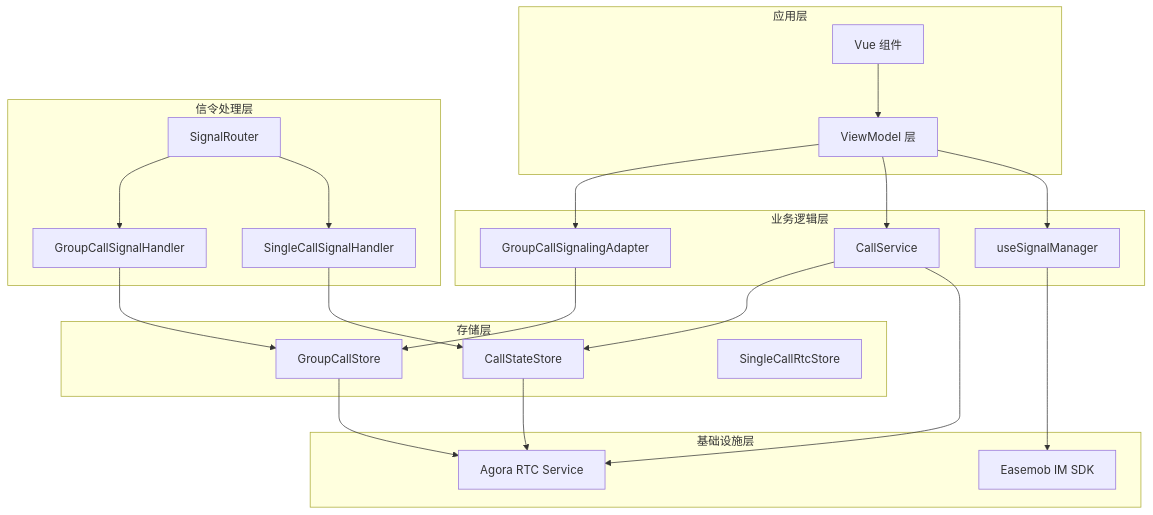
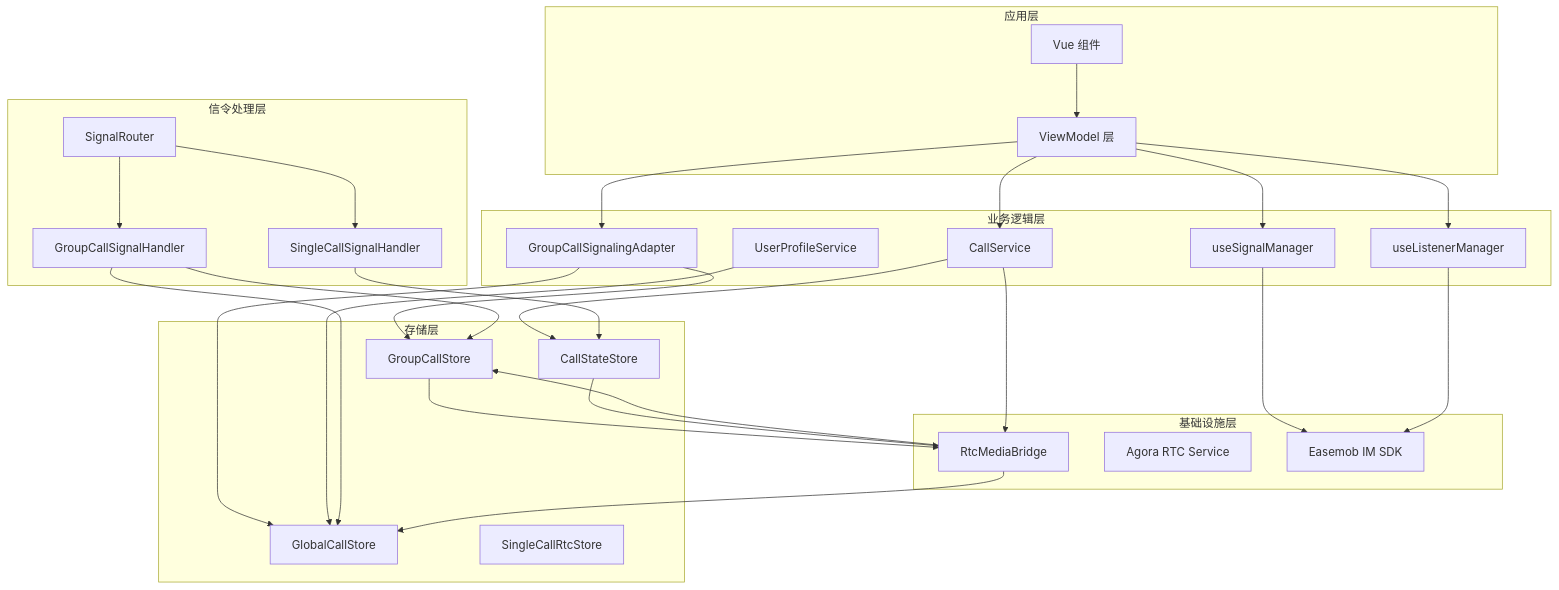
The fifth of 14 diagrams in .qoder/repowiki/zh/content/高级功能/群组通话信号处理器.md (Easemob-Community/easemob-uikit-callkit-vue3), drawn with Mermaid before and after one commit. The commit also changed other lines of this file and 15 other files, not shown here.

````diff
--- a/.qoder/repowiki/zh/content/高级功能/群组通话信号处理器.md
+++ b/.qoder/repowiki/zh/content/高级功能/群组通话信号处理器.md
@@ -199,40 +222,51 @@
 ```mermaid
 graph TB
 subgraph "应用层"
 UI[Vue 组件]
 VM[ViewModel 层]
 end
 subgraph "业务逻辑层"
 GSA[GroupCallSignalingAdapter]
 CS[CallService]
 USM[useSignalManager]
+ULM[useListenerManager]
+UPS[UserProfileService]
 end
 subgraph "存储层"
 GCS[GroupCallStore]
+GCS3[GlobalCallStore]
 CS2[CallStateStore]
 SCRS[SingleCallRtcStore]
 end
 subgraph "信令处理层"
 SR[SignalRouter]
 GCH[GroupCallSignalHandler]
 SCH[SingleCallSignalHandler]
 end
 subgraph "基础设施层"
+RMB[RtcMediaBridge]
 RTC[Agora RTC Service]
 IM[Easemob IM SDK]
 end
 UI --> VM
 VM --> GSA
 VM --> CS
 VM --> USM
+VM --> ULM
 GSA --> GCS
+GSA --> GCS3
 CS --> CS2
-CS --> RTC
+CS --> RMB
 USM --> IM
+ULM --> IM
+UPS --> GCS3
 SR --> GCH
 SR --> SCH
 GCH --> GCS
+GCH --> GCS3
 SCH --> CS2
-GCS --> RTC
-CS2 --> RTC
+GCS --> RMB
+CS2 --> RMB
+RMB --> GCS
+RMB --> GCS3
 ```
````
